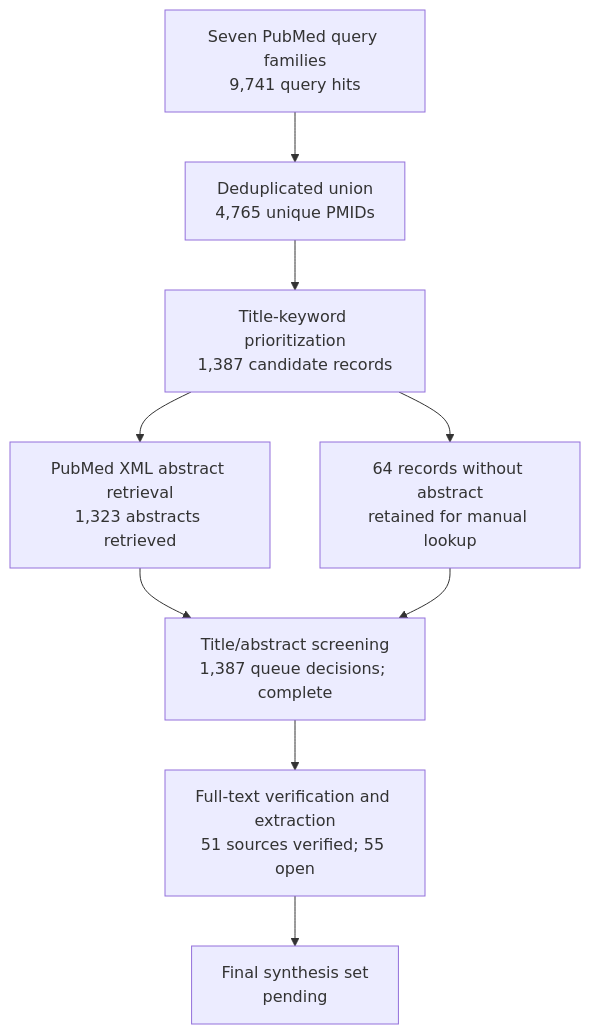
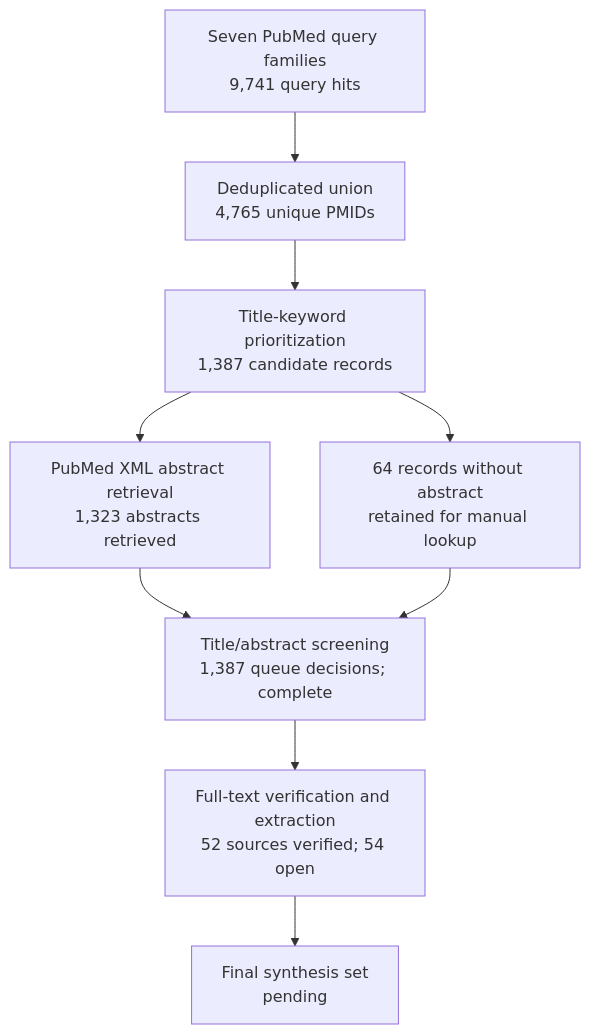
Before and after one commit to dcmcshan/artemisia: the diagram in manuscript/review-flow.md, drawn with Mermaid. The commit also changed other lines of this file and 13 other files, not shown here.

````diff
--- a/manuscript/review-flow.md
+++ b/manuscript/review-flow.md
@@ -5,11 +5,11 @@
 ```mermaid
 flowchart TB
   Q[Seven PubMed query families<br/>9,741 query hits] --> U[Deduplicated union<br/>4,765 unique PMIDs]
   U --> T[Title-keyword prioritization<br/>1,387 candidate records]
   T --> A[PubMed XML abstract retrieval<br/>1,323 abstracts retrieved]
   T --> N[64 records without abstract<br/>retained for manual lookup]
   A --> M[Title/abstract screening<br/>1,387 queue decisions; complete]
   N --> M
-  M --> F[Full-text verification and extraction<br/>51 sources verified; 55 open]
+  M --> F[Full-text verification and extraction<br/>52 sources verified; 54 open]
   F --> S[Final synthesis set<br/>pending]
 ```
````
